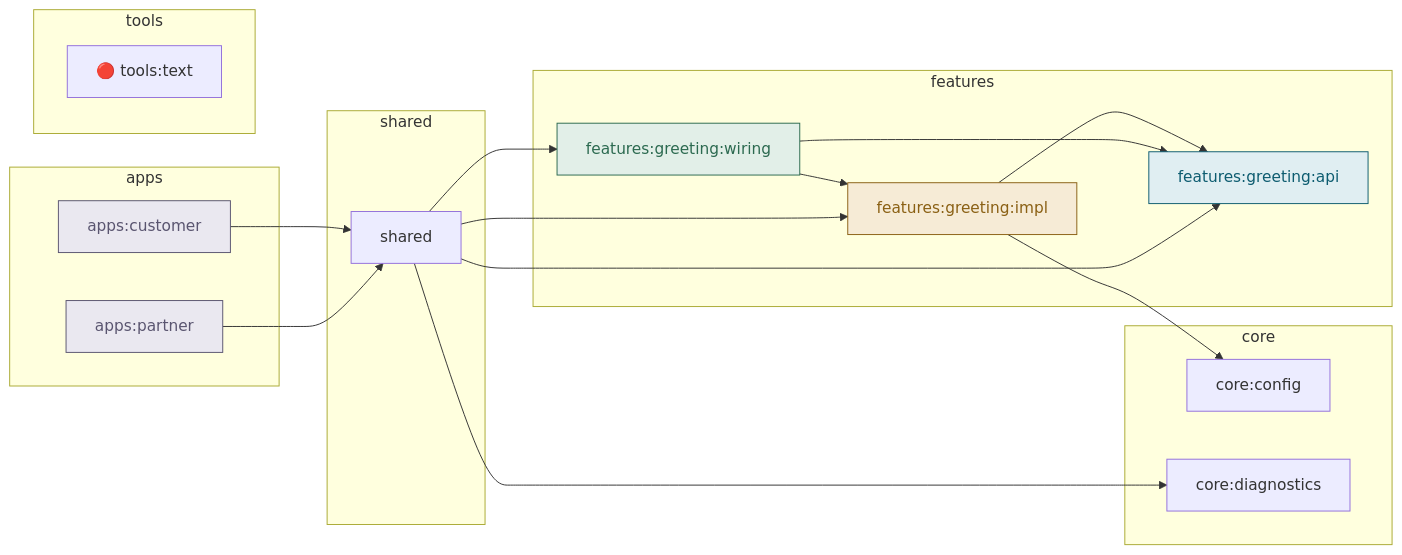
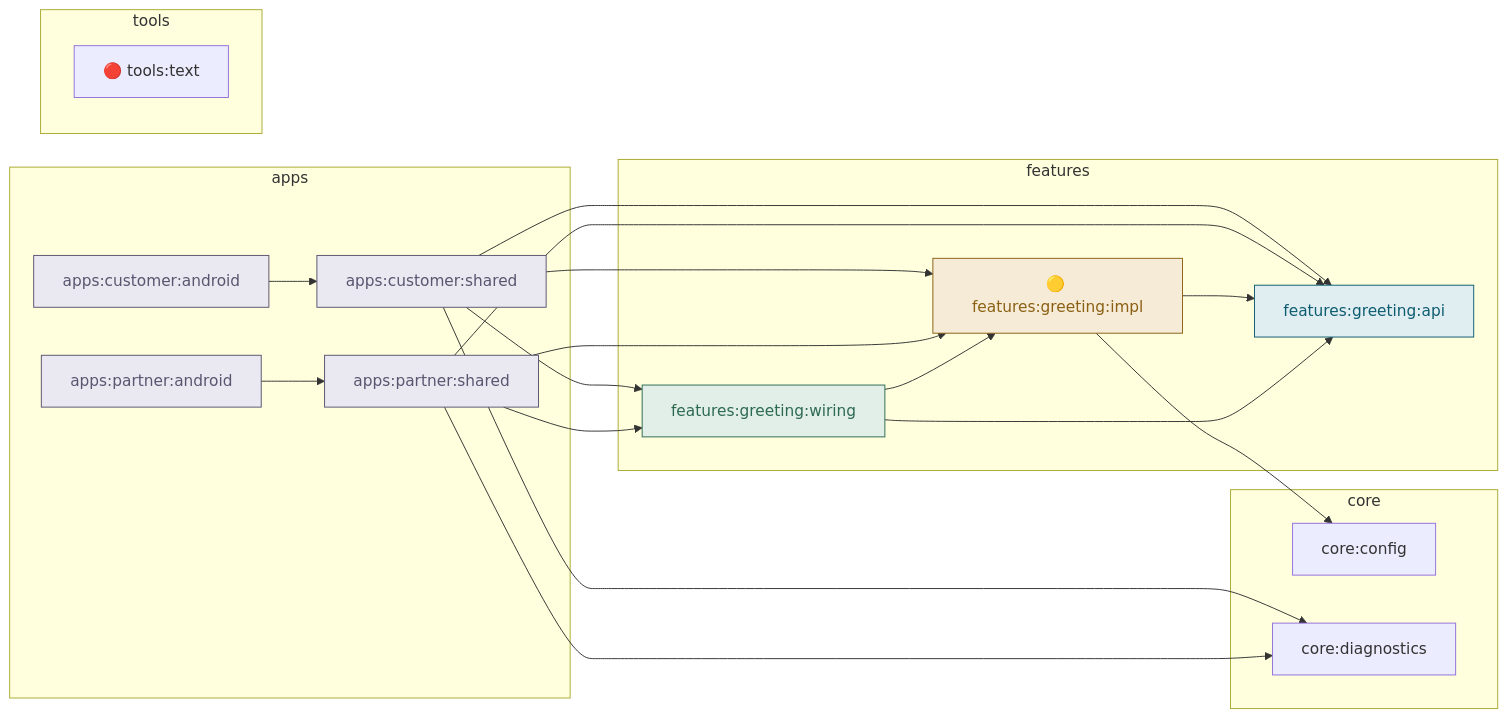
One commit to Thernal/build-kit changed the diagram in report/all-modules.md. Above: the diagram before and after it, drawn with Mermaid. The commit also changed 57 other files, not shown here.

````diff
--- a/report/all-modules.md
+++ b/report/all-modules.md
@@ -10,40 +10,43 @@
 ```mermaid
 graph LR
   subgraph apps["apps"]
-    fixture_apps_customer["apps:customer"]
-    fixture_apps_partner["apps:partner"]
+    fixture_apps_customer_android["apps:customer:android"]
+    fixture_apps_customer_shared["apps:customer:shared"]
+    fixture_apps_partner_android["apps:partner:android"]
+    fixture_apps_partner_shared["apps:partner:shared"]
   end
   subgraph core["core"]
     fixture_core_config["core:config"]
     fixture_core_diagnostics["core:diagnostics"]
   end
   subgraph features["features"]
     fixture_features_greeting_api["features:greeting:api"]
-    fixture_features_greeting_impl["features:greeting:impl"]
+    fixture_features_greeting_impl["🟡 features:greeting:impl"]
     fixture_features_greeting_wiring["features:greeting:wiring"]
-  end
-  subgraph shared["shared"]
-    fixture_shared["shared"]
   end
   subgraph tools["tools"]
     fixture_tools_text["🔴 tools:text"]
   end
-  fixture_apps_customer --> fixture_shared
-  fixture_apps_partner --> fixture_shared
+  fixture_apps_customer_android --> fixture_apps_customer_shared
+  fixture_apps_customer_shared --> fixture_core_diagnostics
+  fixture_apps_customer_shared --> fixture_features_greeting_api
+  fixture_apps_customer_shared --> fixture_features_greeting_impl
+  fixture_apps_customer_shared --> fixture_features_greeting_wiring
+  fixture_apps_partner_android --> fixture_apps_partner_shared
+  fixture_apps_partner_shared --> fixture_core_diagnostics
+  fixture_apps_partner_shared --> fixture_features_greeting_api
+  fixture_apps_partner_shared --> fixture_features_greeting_impl
+  fixture_apps_partner_shared --> fixture_features_greeting_wiring
   fixture_features_greeting_impl --> fixture_core_config
   fixture_features_greeting_impl --> fixture_features_greeting_api
   fixture_features_greeting_wiring --> fixture_features_greeting_api
   fixture_features_greeting_wiring --> fixture_features_greeting_impl
-  fixture_shared --> fixture_core_diagnostics
-  fixture_shared --> fixture_features_greeting_api
-  fixture_shared --> fixture_features_greeting_impl
-  fixture_shared --> fixture_features_greeting_wiring
   classDef api fill:#e0eef2,stroke:#0d5c70,color:#0d5c70;
   classDef impl fill:#f6ebd6,stroke:#8a6014,color:#8a6014;
   classDef wiring fill:#e2efe8,stroke:#2c6a50,color:#2c6a50;
   classDef app fill:#eae8f0,stroke:#5a5570,color:#5a5570;
   class fixture_features_greeting_api api;
   class fixture_features_greeting_impl impl;
   class fixture_features_greeting_wiring wiring;
-  class fixture_apps_customer,fixture_apps_partner app;
+  class fixture_apps_customer_android,fixture_apps_customer_shared,fixture_apps_partner_android,fixture_apps_partner_shared app;
 ```
````
